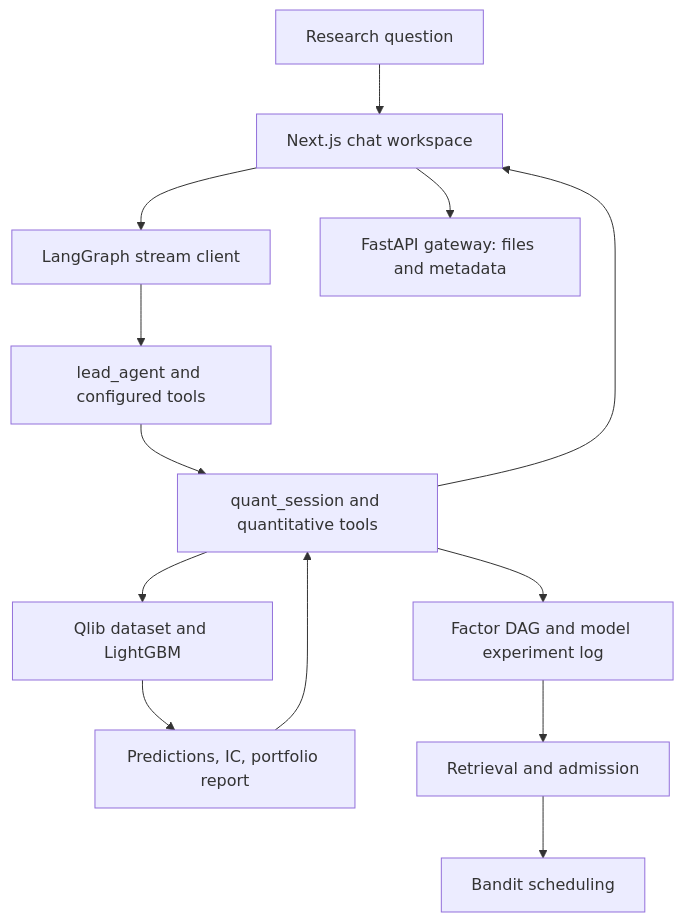
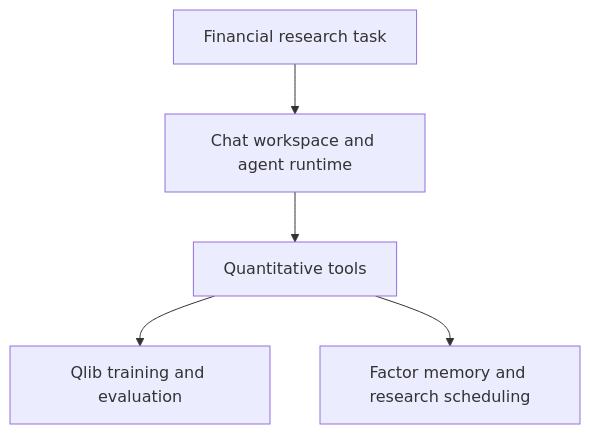
One commit to Soros2040/Fintelligence changed the diagram in README.md. Above: the diagram before and after it, drawn with Mermaid. The commit also changed 1 other file, not shown here.

Commit message:
Make homepage architecture overviews easier to read

````diff
--- a/README.md
+++ b/README.md
@@ -11,15 +11,7 @@
 ```mermaid
-flowchart TD
-    U[Research question] --> UI[Next.js chat workspace]
-    UI --> S[LangGraph stream client]
-    S --> A[lead_agent and configured tools]
-    UI --> G[FastAPI gateway: files and metadata]
-    A --> Q[quant_session and quantitative tools]
-    Q --> P[Qlib dataset and LightGBM]
-    P --> M[Predictions, IC, portfolio report]
-    Q --> D[Factor DAG and model experiment log]
-    D --> R[Retrieval and admission]
-    R --> B[Bandit scheduling]
-    M --> Q
-    Q --> UI
+flowchart TB
+    U[Financial research task] --> A[Chat workspace and agent runtime]
+    A --> T[Quantitative tools]
+    T --> Q[Qlib training and evaluation]
+    T --> M[Factor memory and research scheduling]
 ```
````
